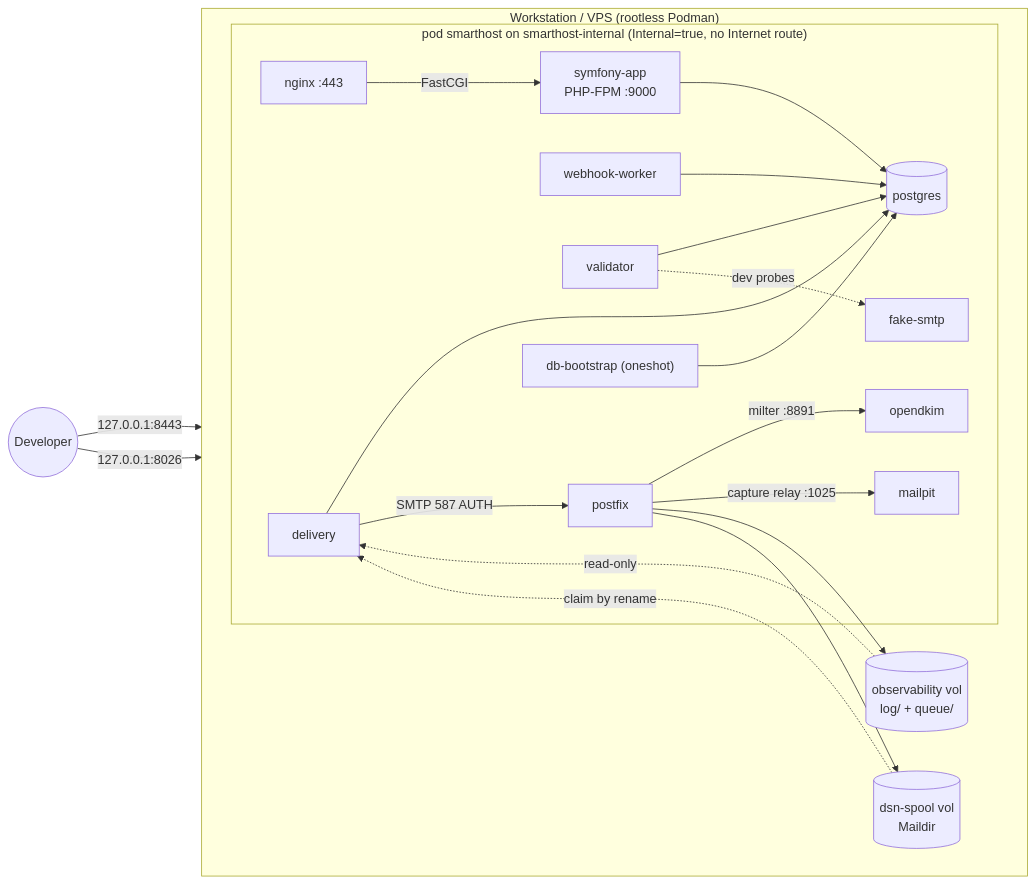
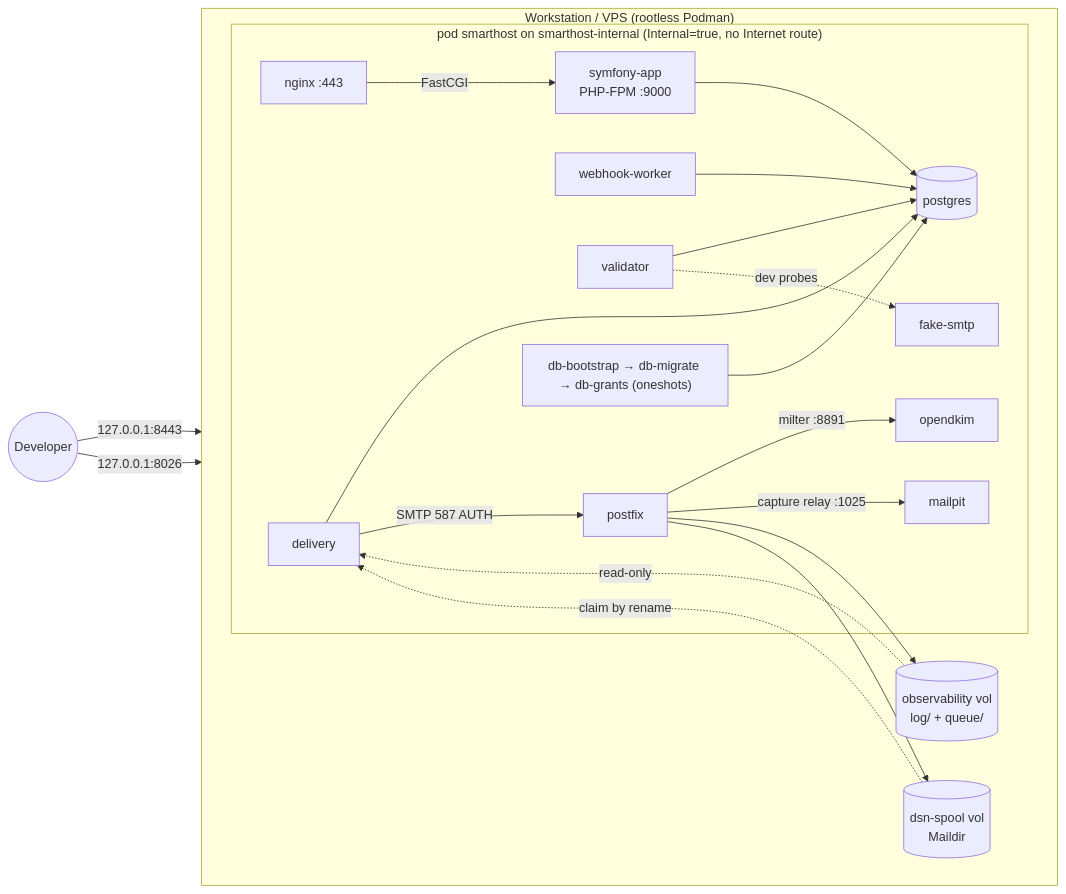
The first of 7 diagrams in docs/PROJECT.md (rrcatto/catto-mail), drawn with Mermaid before and after one commit. The commit also changed other lines of this file and 221 other files, not shown here.

````diff
--- a/docs/PROJECT.md
+++ b/docs/PROJECT.md
@@ -211,26 +287,26 @@
 ```mermaid
 flowchart LR
     subgraph host["Workstation / VPS (rootless Podman)"]
         direction LR
         subgraph net["pod smarthost on smarthost-internal (Internal=true, no Internet route)"]
             nginx["nginx :443"] -- FastCGI --> fpm["symfony-app<br/>PHP-FPM :9000"]
             fpm --> pg[(postgres)]
             ww["webhook-worker"] --> pg
             val["validator"] --> pg
             del["delivery"] --> pg
             del -- "SMTP 587 AUTH" --> pf["postfix"]
             pf -- "milter :8891" --> dk["opendkim"]
             pf -- "capture relay :1025" --> mp["mailpit"]
             val -. "dev probes" .-> fs["fake-smtp"]
-            boot["db-bootstrap (oneshot)"] --> pg
+            boot["db-bootstrap → db-migrate → db-grants (oneshots)"] --> pg
         end
         obs[("observability vol<br/>log/ + queue/")]
         spool[("dsn-spool vol<br/>Maildir")]
         pf --> obs
         pf --> spool
         obs -. "read-only" .-> del
         spool -. "claim by rename" .-> del
     end
     user((Developer)) -- "127.0.0.1:8443" --> nginx
     user -- "127.0.0.1:8026" --> mp
 ```
````
